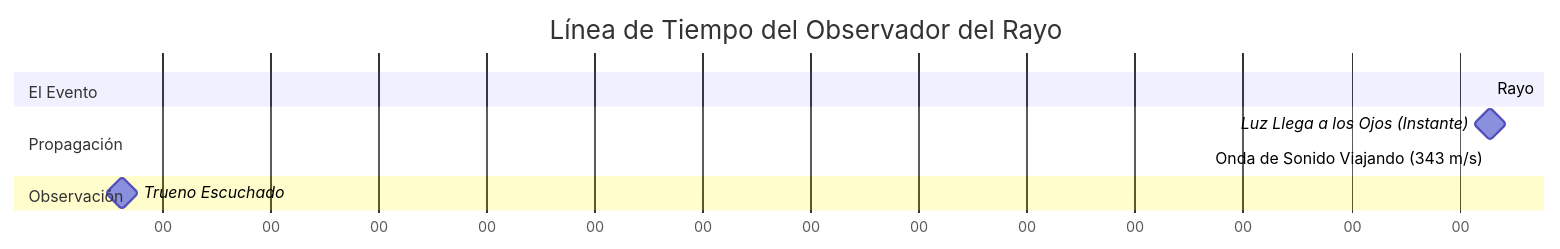
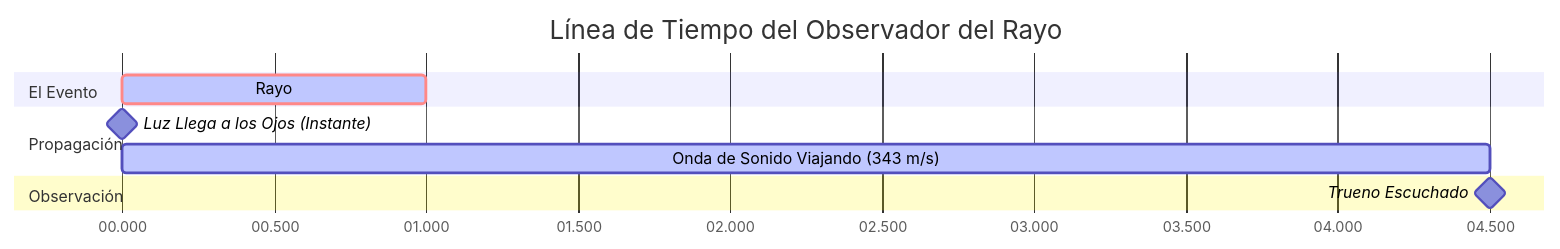
The fourth of 5 diagrams in content/es/velocity-calculator.md (abuhanif254/Calculator-Hub), drawn with Mermaid before and after one commit. The commit also changed 82 other files, not shown here.

````diff
--- a/content/es/velocity-calculator.md
+++ b/content/es/velocity-calculator.md
@@ -363,13 +363,13 @@
 ```mermaid
 gantt
     title Línea de Tiempo del Observador del Rayo
-    dateFormat  s
-    axisFormat %S
+    dateFormat  HH:mm:ss.SSS
+    axisFormat  %S.%L
     section El Evento
-    Rayo                :crit, active, 0, 1s
+    Rayo                :crit, active, 00:00:00.000, 00:00:01.000
     section Propagación
-    Luz Llega a los Ojos (Instante) : milestone, 0, 0s
-    Onda de Sonido Viajando (343 m/s) : active, 0, 4.5s
+    Luz Llega a los Ojos (Instante) : milestone, 00:00:00.000, 0d
+    Onda de Sonido Viajando (343 m/s) : active, 00:00:00.000, 00:00:04.500
     section Observación
-    Trueno Escuchado    : milestone, 4.5, 0s
+    Trueno Escuchado    : milestone, 00:00:04.500, 0d
 ```
````
